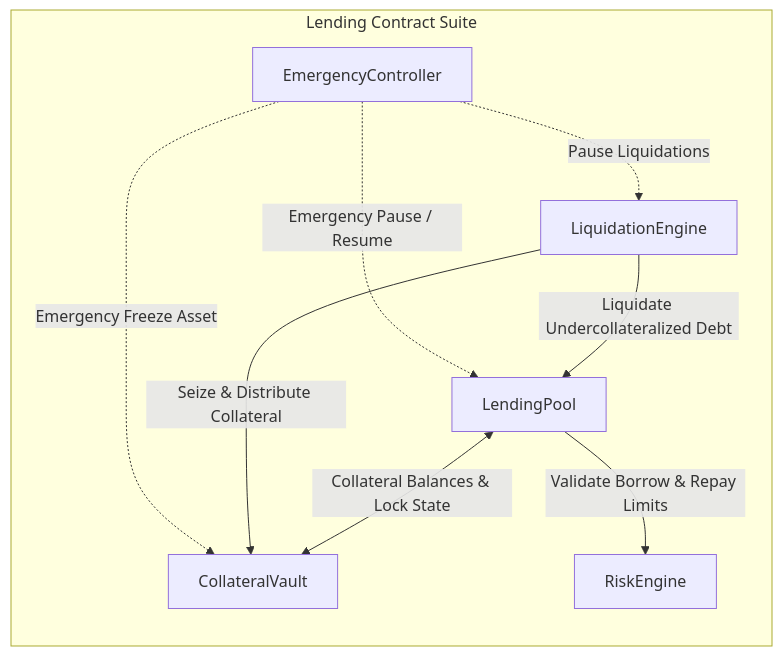
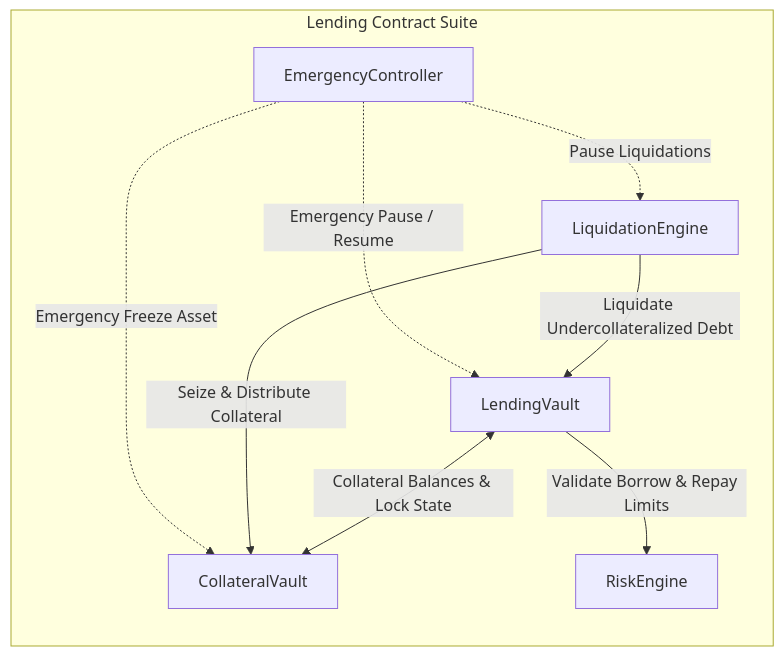
One commit to jimstir/xrpl-smart-lending changed the second of 9 diagrams in docs/technical-architecture.md. Above: the diagram before and after it, drawn with Mermaid. The commit also changed other lines of this file and 2 other files, not shown here.

````diff
--- a/docs/technical-architecture.md
+++ b/docs/technical-architecture.md
@@ -76,18 +76,18 @@
 ```mermaid
 graph LR
     subgraph CoreContracts ["Lending Contract Suite"]
-        LP[LendingPool]
+        LV[LendingVault]
         CV[CollateralVault]
         RE[RiskEngine]
         LE[LiquidationEngine]
         EC[EmergencyController]
     end
 
-    LP <-->|Collateral Balances & Lock State| CV
-    LP -->|Validate Borrow & Repay Limits| RE
-    LE -->|Liquidate Undercollateralized Debt| LP
+    LV <-->|Collateral Balances & Lock State| CV
+    LV -->|Validate Borrow & Repay Limits| RE
+    LE -->|Liquidate Undercollateralized Debt| LV
     LE -->|Seize & Distribute Collateral| CV
-    EC -.->|Emergency Pause / Resume| LP
+    EC -.->|Emergency Pause / Resume| LV
     EC -.->|Emergency Freeze Asset| CV
     EC -.->|Pause Liquidations| LE
 ```
````
